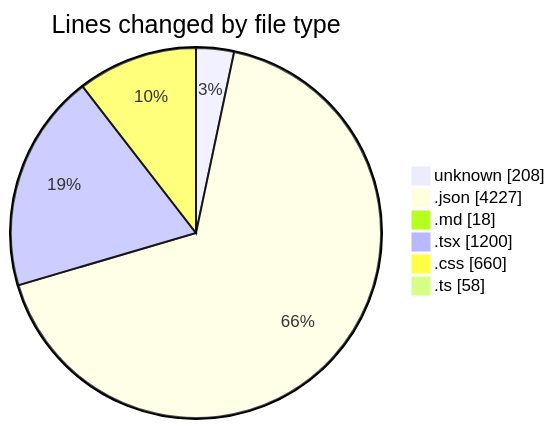
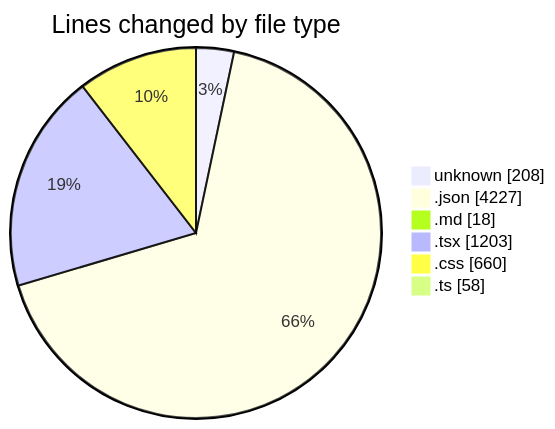
The first of 2 diagrams in 2025-08-07/ribbon/README.md (EIIisD/code-tracking), drawn with Mermaid before and after one commit. The commit also changed other lines of this file and 1 other file, not shown here.

````diff
--- a/2025-08-07/ribbon/README.md
+++ b/2025-08-07/ribbon/README.md
@@ -36,10 +36,10 @@
 ```mermaid
 pie showData
 title Lines changed by file type
 "unknown" : 208
 ".json" : 4227
 ".md" : 18
-".tsx" : 1200
+".tsx" : 1203
 ".css" : 660
 ".ts" : 58
 ```
````
